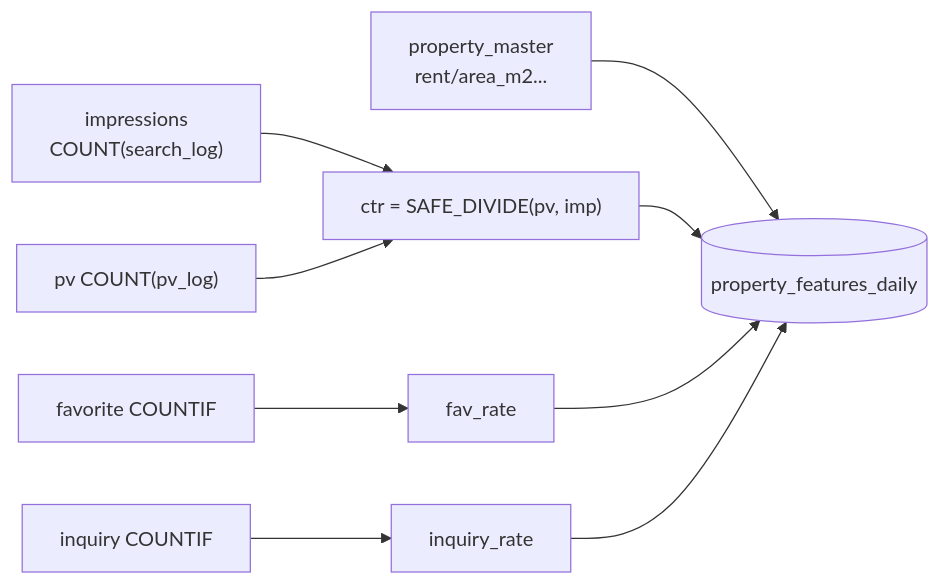
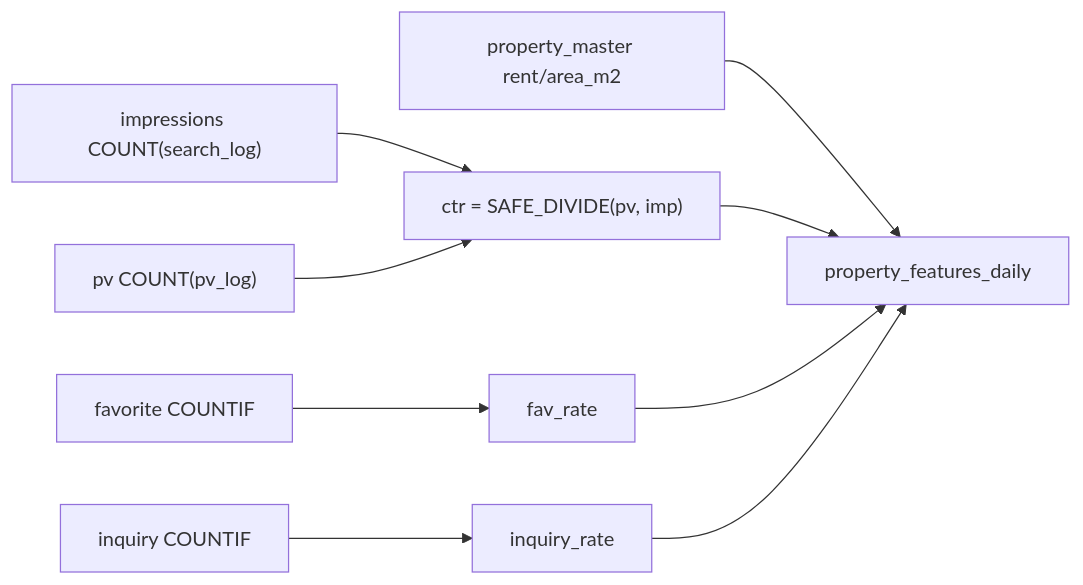
Before and after one commit to kurosawa-kuro/study-gcp-feature-store: the seventh of 10 diagrams in docs/Feature-store入門.md, drawn with Mermaid. The commit also changed other lines of this file and 6 other files, not shown here.

````diff
--- a/docs/Feature-store入門.md
+++ b/docs/Feature-store入門.md
@@ -209,9 +204,11 @@
 ```mermaid
-flowchart LR
-    imp["impressions<br/>COUNT(search_log)"] --> ctr
-    pv["pv COUNT(pv_log)"] --> ctr["ctr = SAFE_DIVIDE(pv, imp)"]
+graph LR
+    imp["impressions COUNT(search_log)"] --> ctr["ctr = SAFE_DIVIDE(pv, imp)"]
+    pv["pv COUNT(pv_log)"] --> ctr
     fav["favorite COUNTIF"] --> favr["fav_rate"]
     inq["inquiry COUNTIF"] --> inqr["inquiry_rate"]
-    pm["property_master<br/>rent/area_m2..."] --> out[("property_features_daily")]
-    ctr & favr & inqr --> out
+    pm["property_master rent/area_m2"] --> out["property_features_daily"]
+    ctr --> out
+    favr --> out
+    inqr --> out
 ```
````
